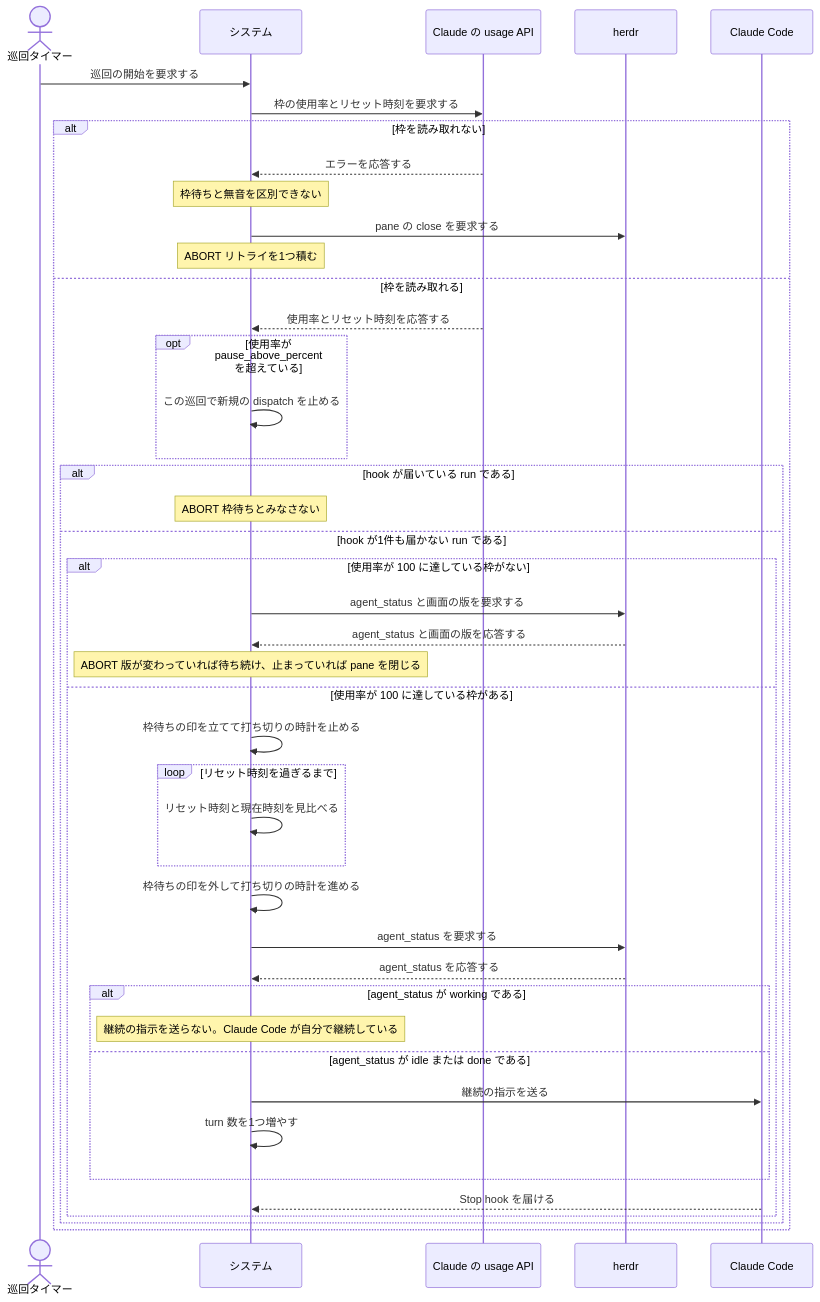
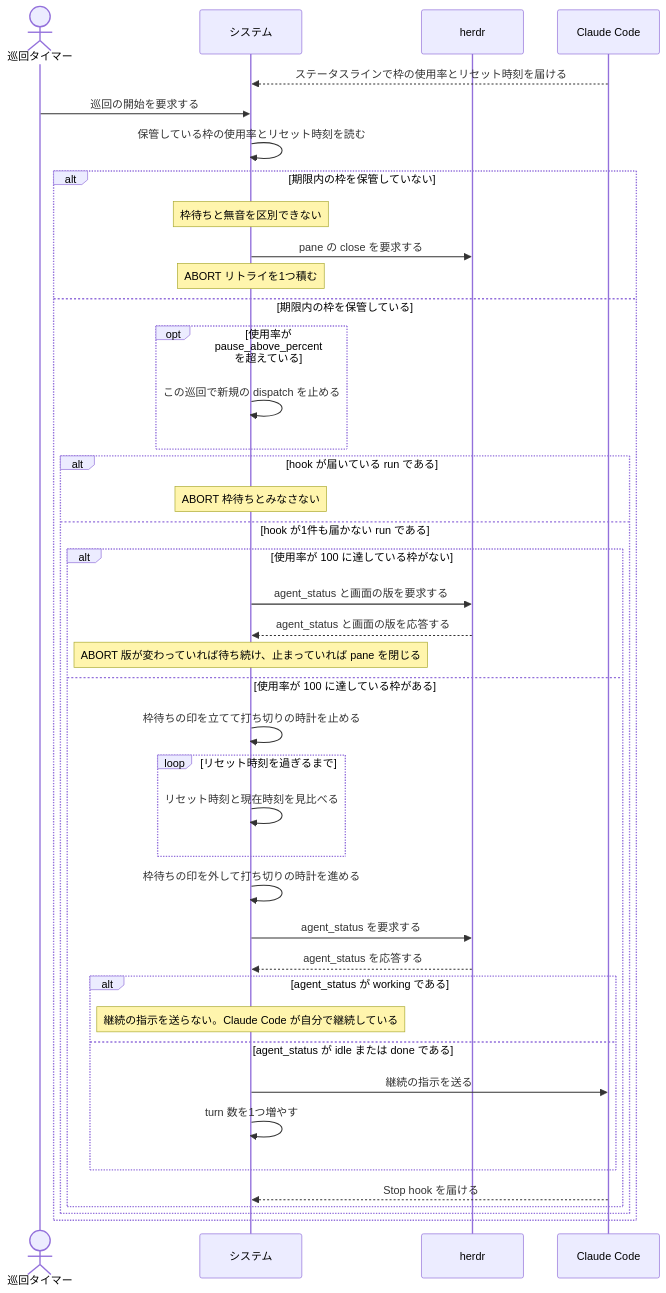
One commit to maimuzo/continuo changed the second of 2 diagrams in docs/spec/usecases/particular_case/レートリミットで待って再開する.rucm.md. Above: the diagram before and after it, drawn with Mermaid. The commit also changed other lines of this file and 140 other files, not shown here.

First line of the commit message:
使用率の出どころを usage API からステータスラインへ移す 値が古いときは信頼済みの clone で statusline取得を開き、herdr の workspace の開け閉めを1本の loop に通す

````diff
--- a/docs/spec/usecases/particular_case/レートリミットで待って再開する.rucm.md
+++ b/docs/spec/usecases/particular_case/レートリミットで待って再開する.rucm.md
@@ -185,46 +202,44 @@
 ```mermaid
 sequenceDiagram
     actor T as 巡回タイマー
     participant S as システム
-    participant API as Claude の usage API
     participant H as herdr
     participant CC as Claude Code
 
+    CC-->>S: ステータスラインで枠の使用率とリセット時刻を届ける
     T->>S: 巡回の開始を要求する
-    S->>API: 枠の使用率とリセット時刻を要求する
-    alt 枠を読み取れない
-        API-->>S: エラーを応答する
+    S->>S: 保管している枠の使用率とリセット時刻を読む
+    alt 期限内の枠を保管していない
         Note over S: 枠待ちと無音を区別できない
         S->>H: pane の close を要求する
         Note over S: ABORT リトライを1つ積む
-    else 枠を読み取れる
-        API-->>S: 使用率とリセット時刻を応答する
+    else 期限内の枠を保管している
         opt 使用率が pause_above_percent を超えている
             S->>S: この巡回で新規の dispatch を止める
         end
         alt hook が届いている run である
             Note over S: ABORT 枠待ちとみなさない
         else hook が1件も届かない run である
             alt 使用率が 100 に達している枠がない
                 S->>H: agent_status と画面の版を要求する
                 H-->>S: agent_status と画面の版を応答する
                 Note over S: ABORT 版が変わっていれば待ち続け、止まっていれば pane を閉じる
             else 使用率が 100 に達している枠がある
                 S->>S: 枠待ちの印を立てて打ち切りの時計を止める
                 loop リセット時刻を過ぎるまで
                     S->>S: リセット時刻と現在時刻を見比べる
                 end
                 S->>S: 枠待ちの印を外して打ち切りの時計を進める
                 S->>H: agent_status を要求する
                 H-->>S: agent_status を応答する
                 alt agent_status が working である
                     Note over S: 継続の指示を送らない。Claude Code が自分で継続している
                 else agent_status が idle または done である
                     S->>CC: 継続の指示を送る
                     S->>S: turn 数を1つ増やす
                 end
                 CC-->>S: Stop hook を届ける
             end
         end
     end
 ```
````
